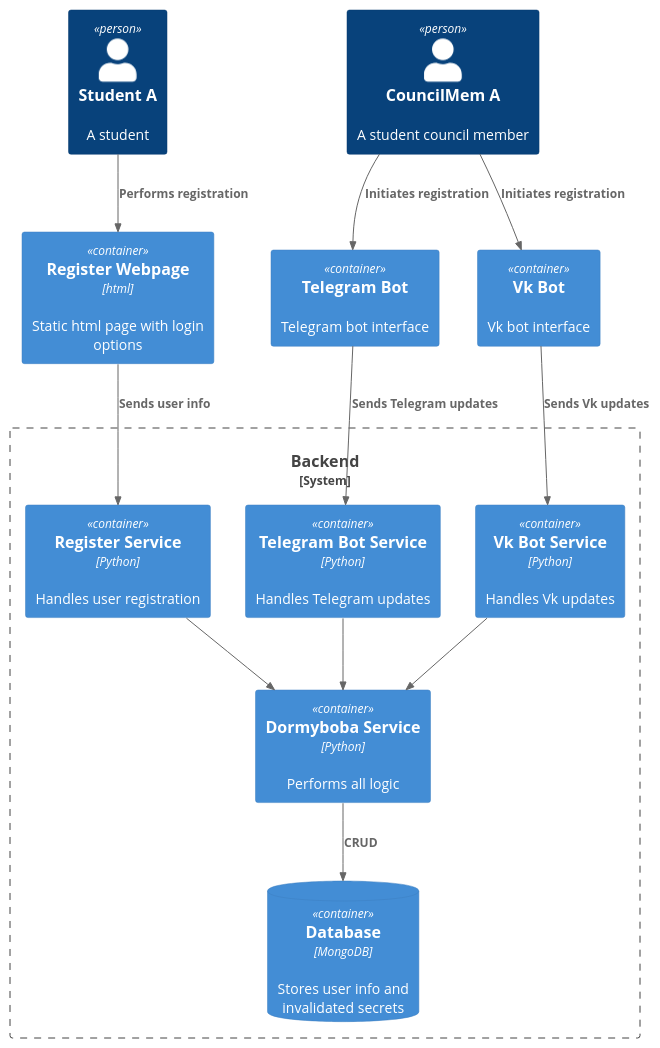
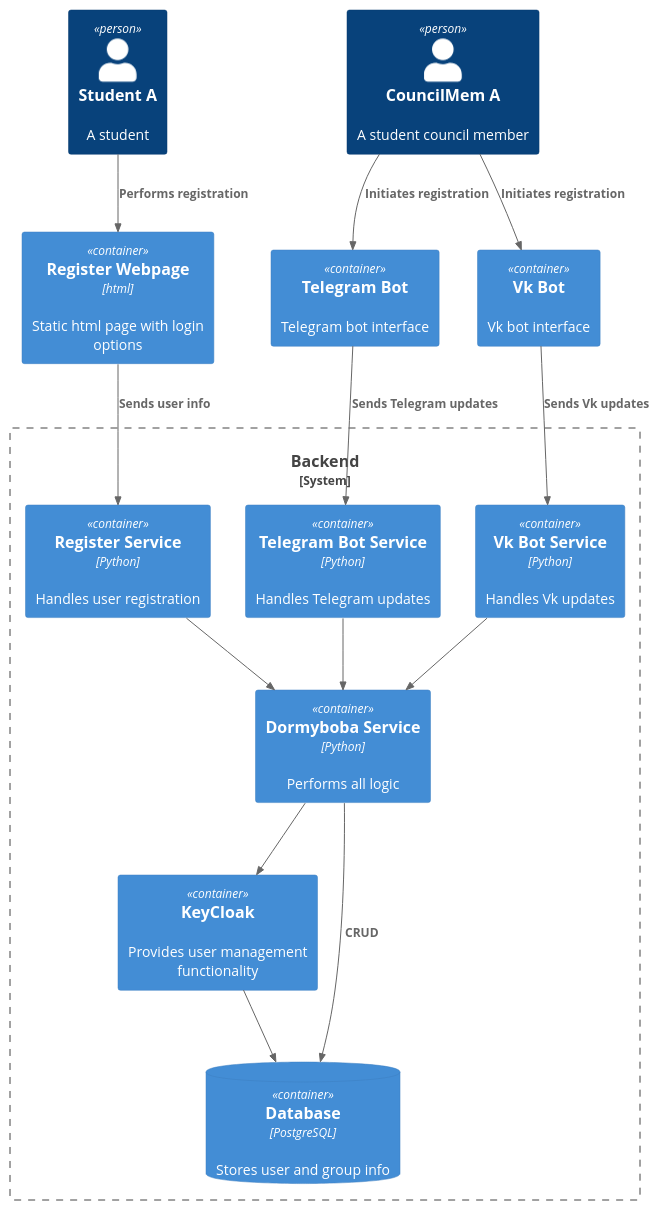
The diagram in docs/hld/system.puml (aaletov/dormyboba), drawn with PlantUML before and after one commit. The commit also changed 1 other file, not shown here.

```diff
--- a/docs/hld/system.puml
+++ b/docs/hld/system.puml
@@ -1,35 +1,38 @@
 @startuml System diagram for dormyboba project
 !include https://raw.githubusercontent.com/plantuml-stdlib/C4-PlantUML/master/C4_Context.puml
 !include https://raw.githubusercontent.com/plantuml-stdlib/C4-PlantUML/master/C4_Container.puml
 
 skinparam defaultFontName Open Sans
 
 Person(studentA, "Student A", "A student")
 Person(councilMemA, "CouncilMem A", "A student council member")
 
 Container(registerPage, "Register Webpage", "html", "Static html page with login options")
 Container(telegramBot, "Telegram Bot", "", "Telegram bot interface")
 Container(vkBot, "Vk Bot", "", "Vk bot interface")
 
 System_Boundary(backend, "Backend") {
   Container(registerService, "Register Service", "Python", "Handles user registration")
   Container(telegramBotService, "Telegram Bot Service", "Python", "Handles Telegram updates")
   Container(vkBotService, "Vk Bot Service", "Python", "Handles Vk updates")
   Container(dormybobaService, "Dormyboba Service", "Python", "Performs all logic")
-  ContainerDb(db, "Database", "MongoDB", "Stores user info and invalidated secrets")
+  Container(keyCloak, "KeyCloak", "", "Provides user management functionality")
+  ContainerDb(db, "Database", "PostgreSQL", "Stores user and group info")
 }
 
 Rel_D(studentA, registerPage, "Performs registration")
 Rel_D(councilMemA, telegramBot, "Initiates registration")
 Rel_D(councilMemA, vkBot, "Initiates registration")
 
 Rel_D(registerPage, registerService, "Sends user info")
 Rel_D(telegramBot, telegramBotService, "Sends Telegram updates")
 Rel_D(vkBot, vkBotService, "Sends Vk updates")
 
 Rel_D(registerService, dormybobaService, "")
 Rel_D(telegramBotService, dormybobaService, "")
 Rel_D(vkBotService, dormybobaService, "")
 
+Rel_D(dormybobaService, keyCloak, "")
+Rel_D(keyCloak, db, "")
 Rel_D(dormybobaService, db, "CRUD")
 @enduml
```
